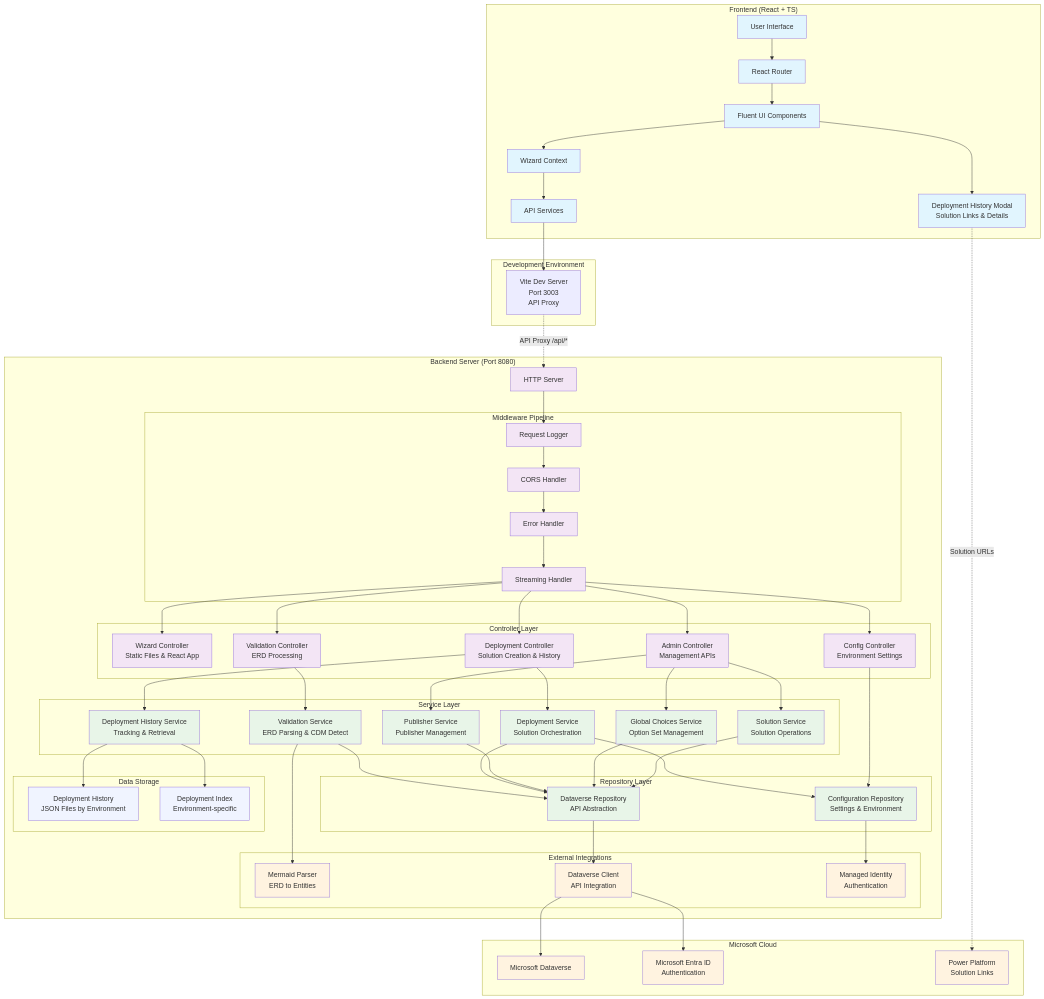
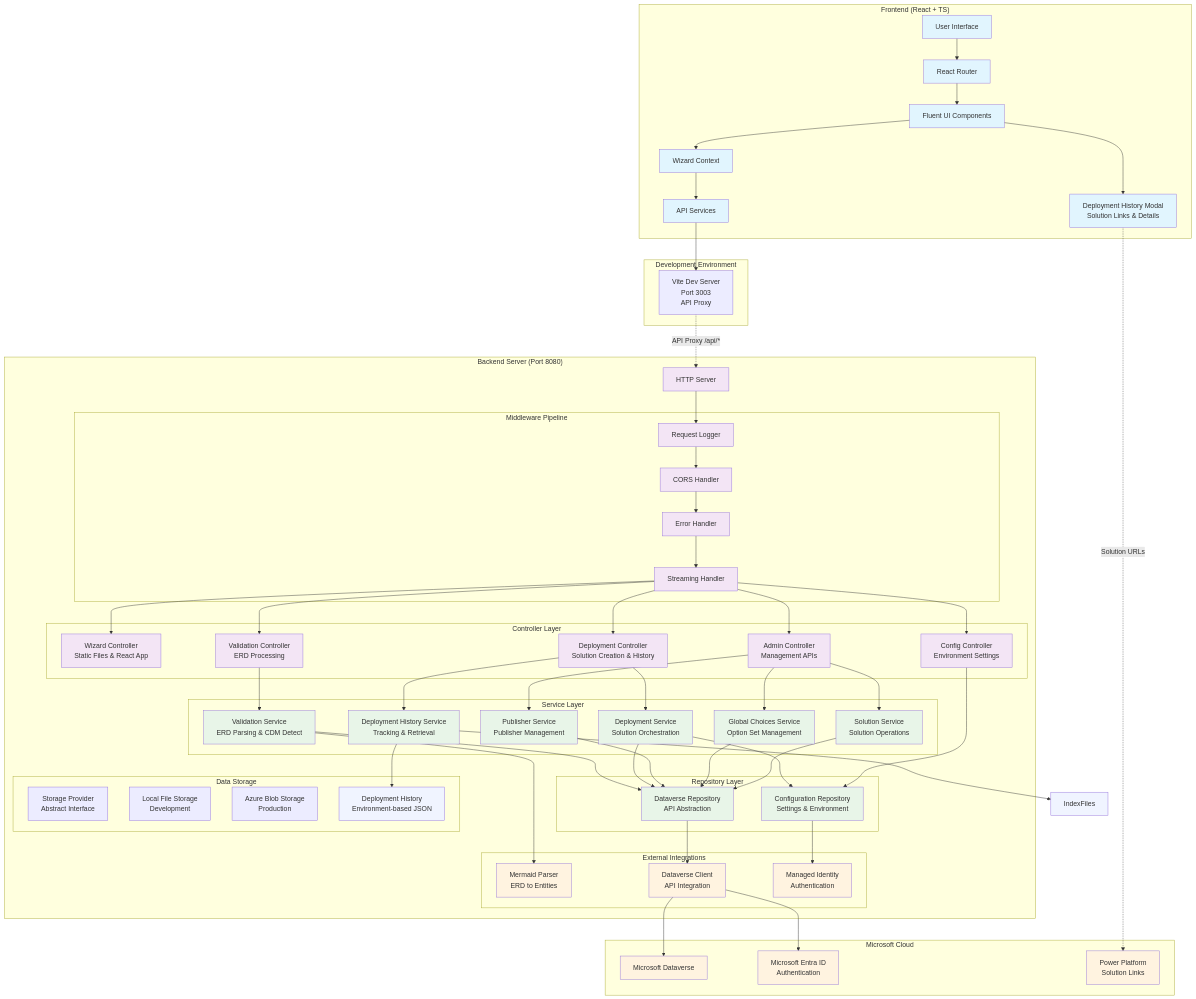
The first of 9 diagrams in docs/DEVELOPER_ARCHITECTURE.md (LuiseFreese/mermaid), drawn with Mermaid before and after one commit. The commit also changed other lines of this file and 26 other files, not shown here.

```diff
--- a/docs/DEVELOPER_ARCHITECTURE.md
+++ b/docs/DEVELOPER_ARCHITECTURE.md
@@ -94,8 +94,10 @@
         end
         
         subgraph "Data Storage"
-            DeploymentFiles[Deployment History<br/>JSON Files by Environment]
-            IndexFiles[Deployment Index<br/>Environment-specific]
+            StorageProvider[Storage Provider<br/>Abstract Interface]
+            LocalStorage[Local File Storage<br/>Development]
+            AzureBlob[Azure Blob Storage<br/>Production]
+            DeploymentFiles[Deployment History<br/>Environment-based JSON]
         end
     end
 
```
